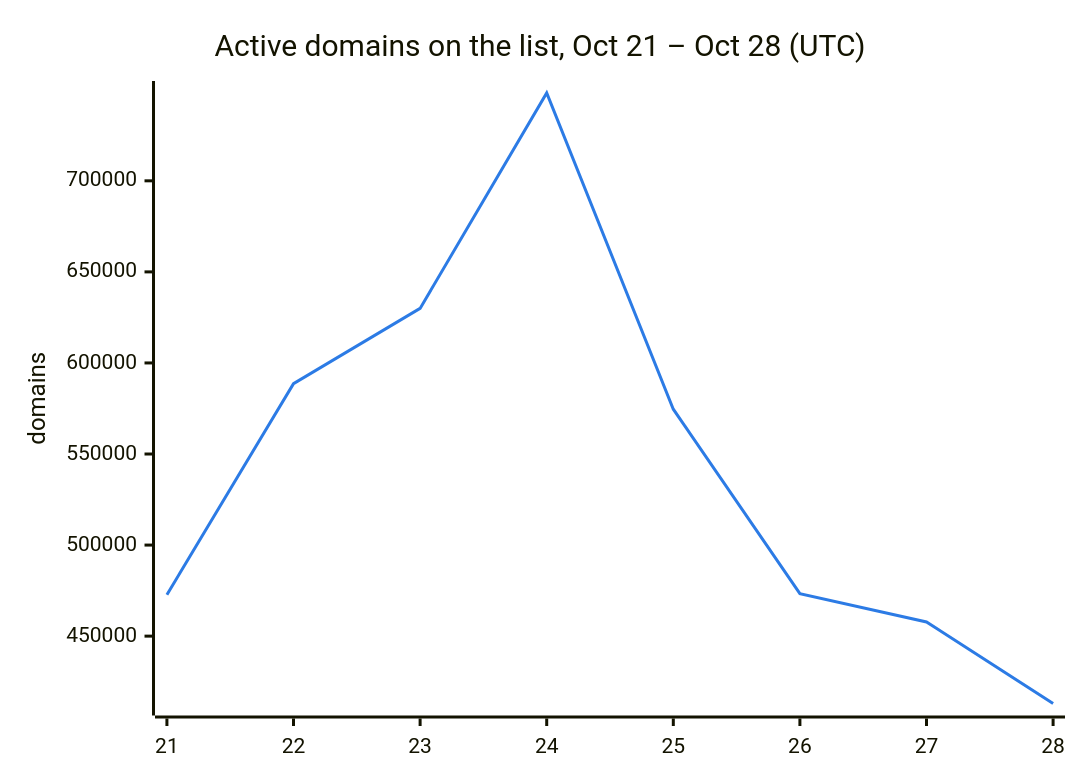
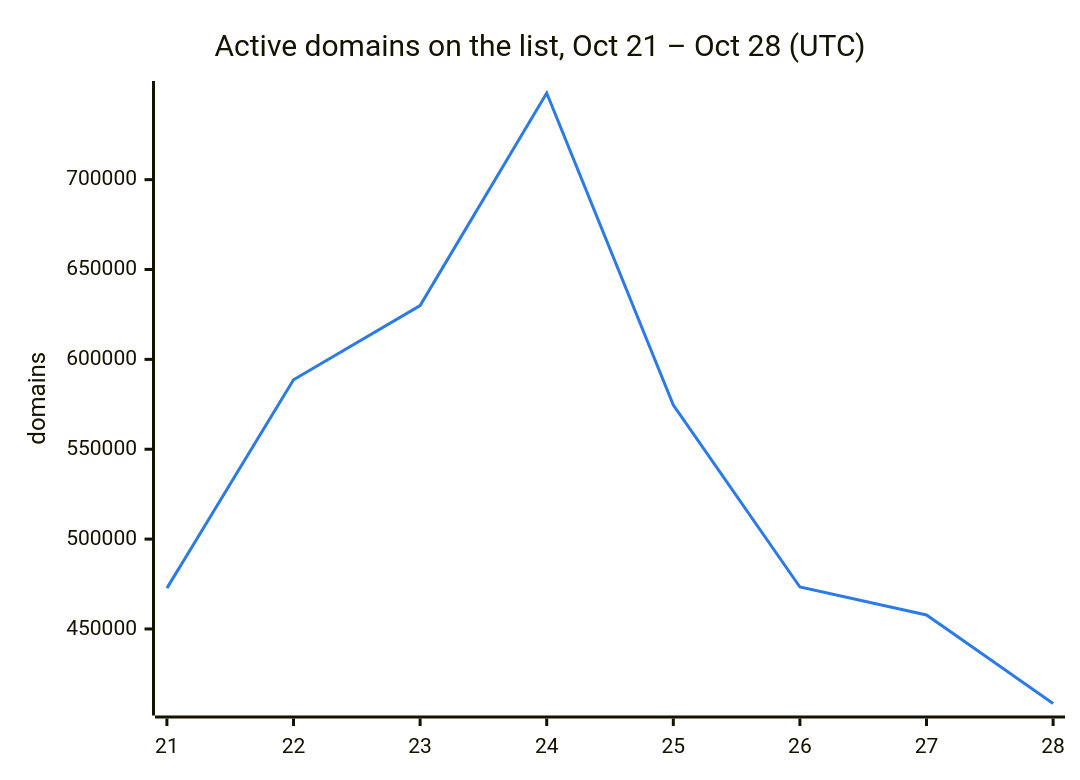
Before and after one commit to DNSBunker/CTI: the second of 3 diagrams in README.md, drawn with Mermaid. The commit also changed other lines of this file and 3 other files, not shown here.

````diff
--- a/README.md
+++ b/README.md
@@ -38,8 +38,8 @@
 ```mermaid
 %%{init: {"themeVariables": {"xyChart": {"plotColorPalette": "#2c7be5"}}}}%%
 xychart-beta
     title "Active domains on the list, Oct 21 – Oct 28 (UTC)"
     x-axis ["21", "22", "23", "24", "25", "26", "27", "28"]
     y-axis "domains"
-    line [472713, 588659, 629951, 748222, 574614, 473331, 457795, 413013]
+    line [472713, 588659, 629951, 748222, 574614, 473331, 457795, 408518]
 ```
````
